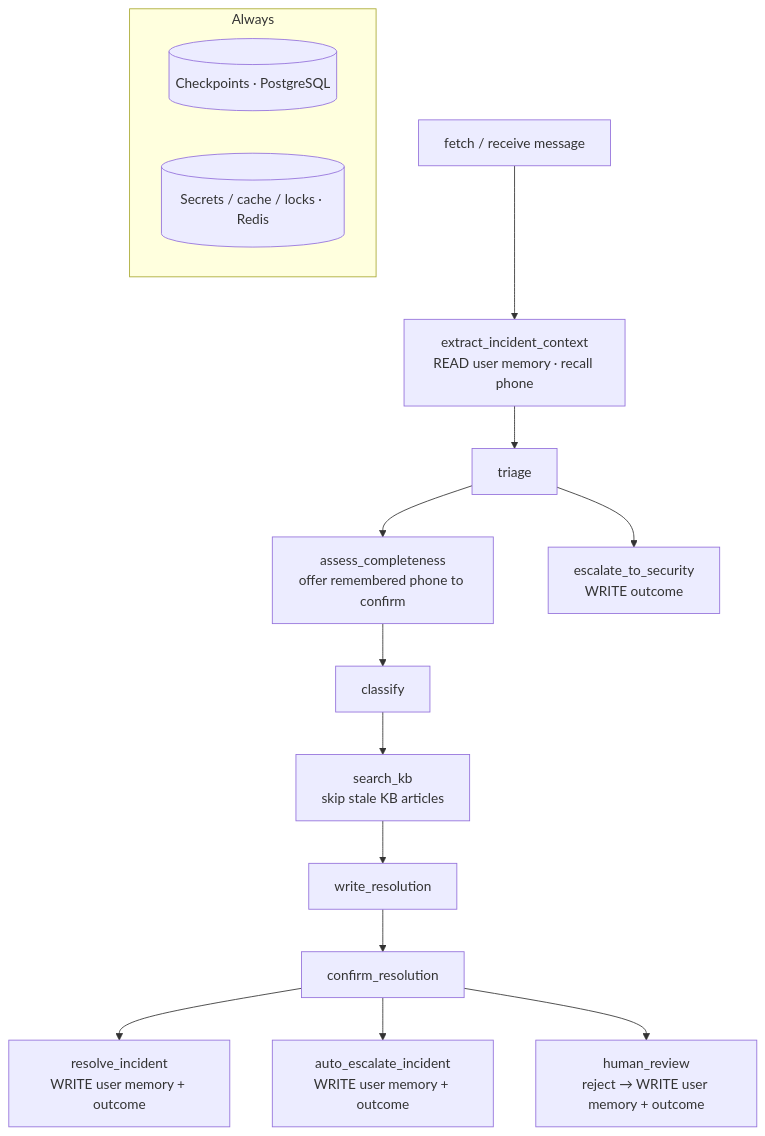
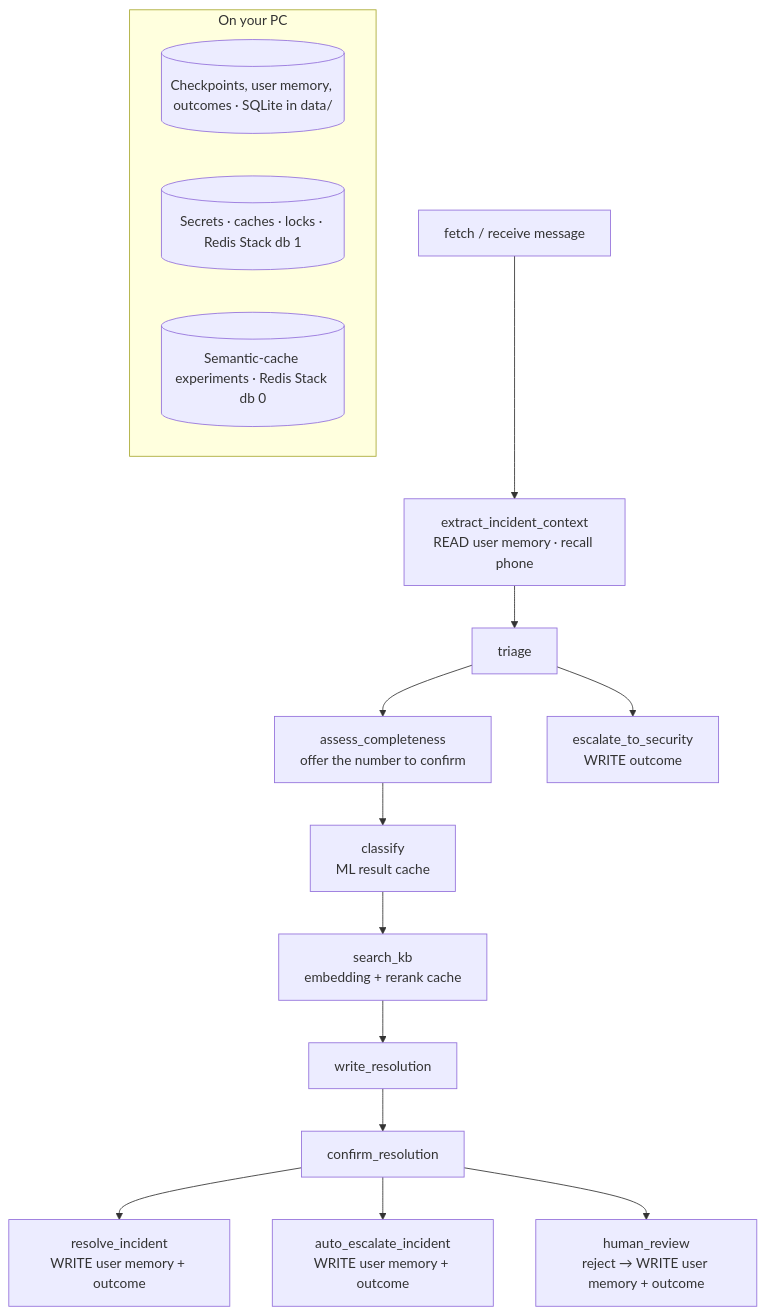
Before and after one commit to pmpmario/Internalproject: the diagram in lisa-backend-reviews/LISA-memory-integration-guide.md, drawn with Mermaid. The commit also changed other lines of this file and 2 other files, not shown here.

First line of the commit message:
Rewrite memory and caching docs for Redis Stack on the local PC

````diff
--- a/lisa-backend-reviews/LISA-memory-integration-guide.md
+++ b/lisa-backend-reviews/LISA-memory-integration-guide.md
@@ -436,15 +265,16 @@
 ```mermaid
 flowchart TD
   F[fetch / receive message] --> X[extract_incident_context<br/>READ user memory · recall phone]
-  X --> T[triage] --> AC[assess_completeness<br/>offer remembered phone to confirm]
-  AC --> CL[classify] --> KB[search_kb<br/>skip stale KB articles]
+  X --> T[triage] --> AC[assess_completeness<br/>offer the number to confirm]
+  AC --> CL[classify<br/>ML result cache] --> KB[search_kb<br/>embedding + rerank cache]
   KB --> W[write_resolution] --> CR[confirm_resolution]
   CR --> RES[resolve_incident<br/>WRITE user memory + outcome]
   CR --> ESC[auto_escalate_incident<br/>WRITE user memory + outcome]
   CR --> HR[human_review<br/>reject → WRITE user memory + outcome]
   T --> SEC[escalate_to_security<br/>WRITE outcome]
-  subgraph Always
-    CK[(Checkpoints · PostgreSQL)]
-    RS[(Secrets / cache / locks · Redis)]
+  subgraph On your PC
+    CK[(Checkpoints, user memory, outcomes · SQLite in data/)]
+    RS[(Secrets · caches · locks · Redis Stack db 1)]
+    VS[(Semantic-cache experiments · Redis Stack db 0)]
   end
 ```
````
